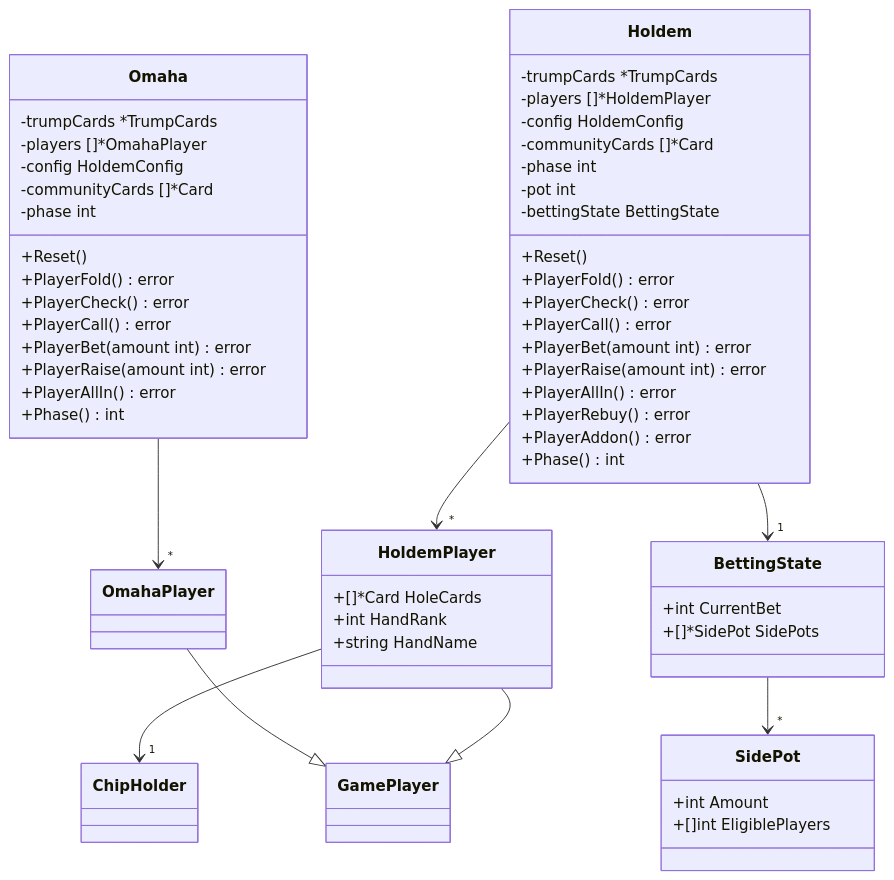
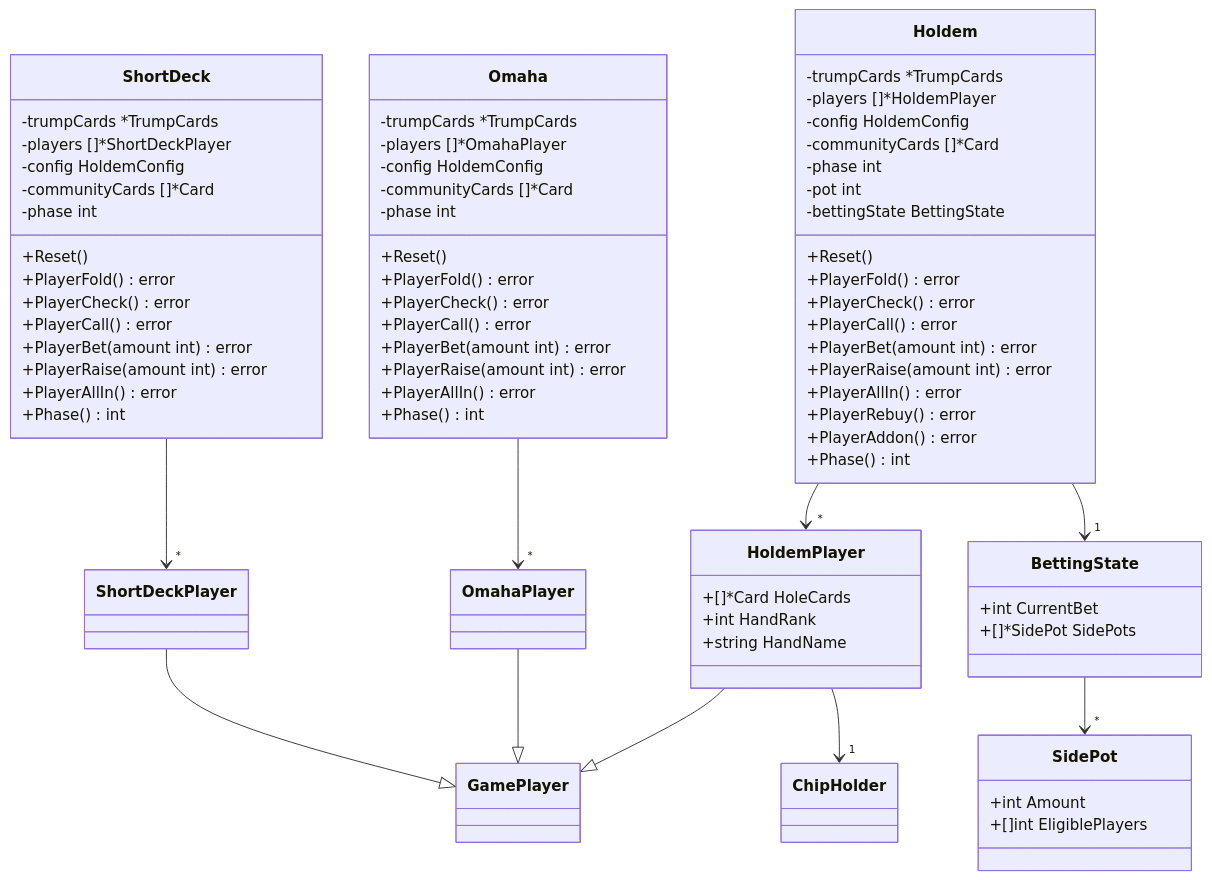
The fourth of 32 diagrams in docs/design/backend.md (yuta-yoshinaga/go_trumpcards), drawn with Mermaid before and after one commit. The commit also changed other lines of this file and 62 other files, not shown here.

First line of the commit message:
feat: add Short Deck Hold'em (6+ Hold'em) card game

````diff
--- a/docs/design/backend.md
+++ b/docs/design/backend.md
@@ -312,62 +313,81 @@
 ```mermaid
 classDiagram
     class Holdem {
         -trumpCards *TrumpCards
         -players []*HoldemPlayer
         -config HoldemConfig
         -communityCards []*Card
         -phase int
         -pot int
         -bettingState BettingState
         +Reset()
         +PlayerFold() error
         +PlayerCheck() error
         +PlayerCall() error
         +PlayerBet(amount int) error
         +PlayerRaise(amount int) error
         +PlayerAllIn() error
         +PlayerRebuy() error
         +PlayerAddon() error
         +Phase() int
     }
 
     class Omaha {
         -trumpCards *TrumpCards
         -players []*OmahaPlayer
         -config HoldemConfig
         -communityCards []*Card
         -phase int
         +Reset()
         +PlayerFold() error
         +PlayerCheck() error
         +PlayerCall() error
         +PlayerBet(amount int) error
         +PlayerRaise(amount int) error
         +PlayerAllIn() error
         +Phase() int
     }
 
     class HoldemPlayer {
         +[]*Card HoleCards
         +int HandRank
         +string HandName
     }
 
     class BettingState {
         +int CurrentBet
         +[]*SidePot SidePots
     }
 
     class SidePot {
         +int Amount
         +[]int EligiblePlayers
     }
 
     Holdem --> "*" HoldemPlayer
     Holdem --> "1" BettingState
     BettingState --> "*" SidePot
     HoldemPlayer --|> GamePlayer
     HoldemPlayer --> "1" ChipHolder
     Omaha --> "*" OmahaPlayer
     OmahaPlayer --|> GamePlayer
+
+    class ShortDeck {
+        -trumpCards *TrumpCards
+        -players []*ShortDeckPlayer
+        -config HoldemConfig
+        -communityCards []*Card
+        -phase int
+        +Reset()
+        +PlayerFold() error
+        +PlayerCheck() error
+        +PlayerCall() error
+        +PlayerBet(amount int) error
+        +PlayerRaise(amount int) error
+        +PlayerAllIn() error
+        +Phase() int
+    }
+
+    ShortDeck --> "*" ShortDeckPlayer
+    ShortDeckPlayer --|> GamePlayer
 ```
````
